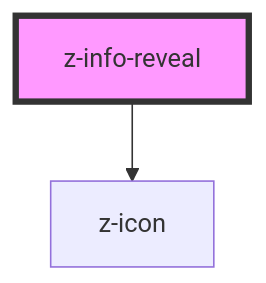
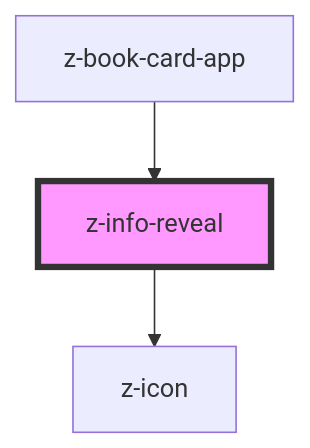
Before and after one commit to ZanichelliEditore/design-system: the diagram in src/components/z-info-reveal/readme.md, drawn with Mermaid. The commit also changed other lines of this file and 5 other files, not shown here.

````diff
--- a/src/components/z-info-reveal/readme.md
+++ b/src/components/z-info-reveal/readme.md
@@ -39,5 +43,6 @@
 ```mermaid
 graph TD;
   z-info-reveal --> z-icon
+  z-book-card-app --> z-info-reveal
   style z-info-reveal fill:#f9f,stroke:#333,stroke-width:4px
 ```
````
